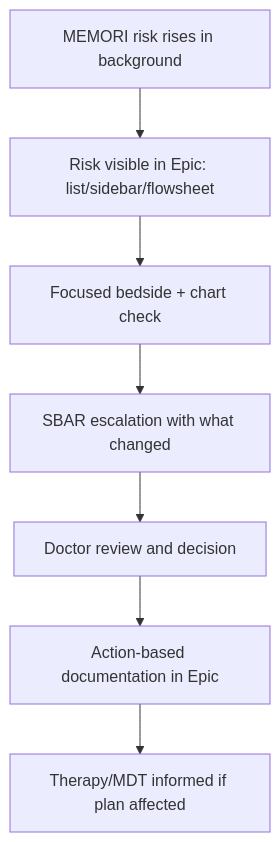
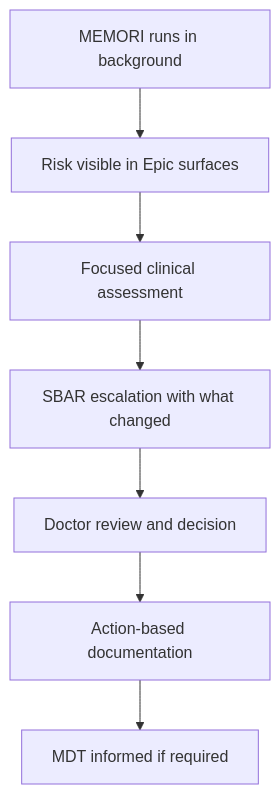
One commit to edavornyo-source/codex-test changed the first of 3 diagrams in RDUH_MEMORI_Clinical_Deployment_Protocol_Rewrite.md. Above: the diagram before and after it, drawn with Mermaid. The commit also changed other lines of this file, not shown here.

Commit message:
Revise RDUH protocol with spelling fixes and workflow diagrams

````diff
--- a/RDUH_MEMORI_Clinical_Deployment_Protocol_Rewrite.md
+++ b/RDUH_MEMORI_Clinical_Deployment_Protocol_Rewrite.md
@@ -140,9 +391,9 @@
 ```mermaid
 flowchart TD
-    A[MEMORI risk rises in background] --> B[Risk visible in Epic: list/sidebar/flowsheet]
-    B --> C[Focused bedside + chart check]
+    A[MEMORI runs in background] --> B[Risk visible in Epic surfaces]
+    B --> C[Focused clinical assessment]
     C --> D[SBAR escalation with what changed]
     D --> E[Doctor review and decision]
-    E --> F[Action-based documentation in Epic]
-    F --> G[Therapy/MDT informed if plan affected]
+    E --> F[Action-based documentation]
+    F --> G[MDT informed if required]
 ```
````
